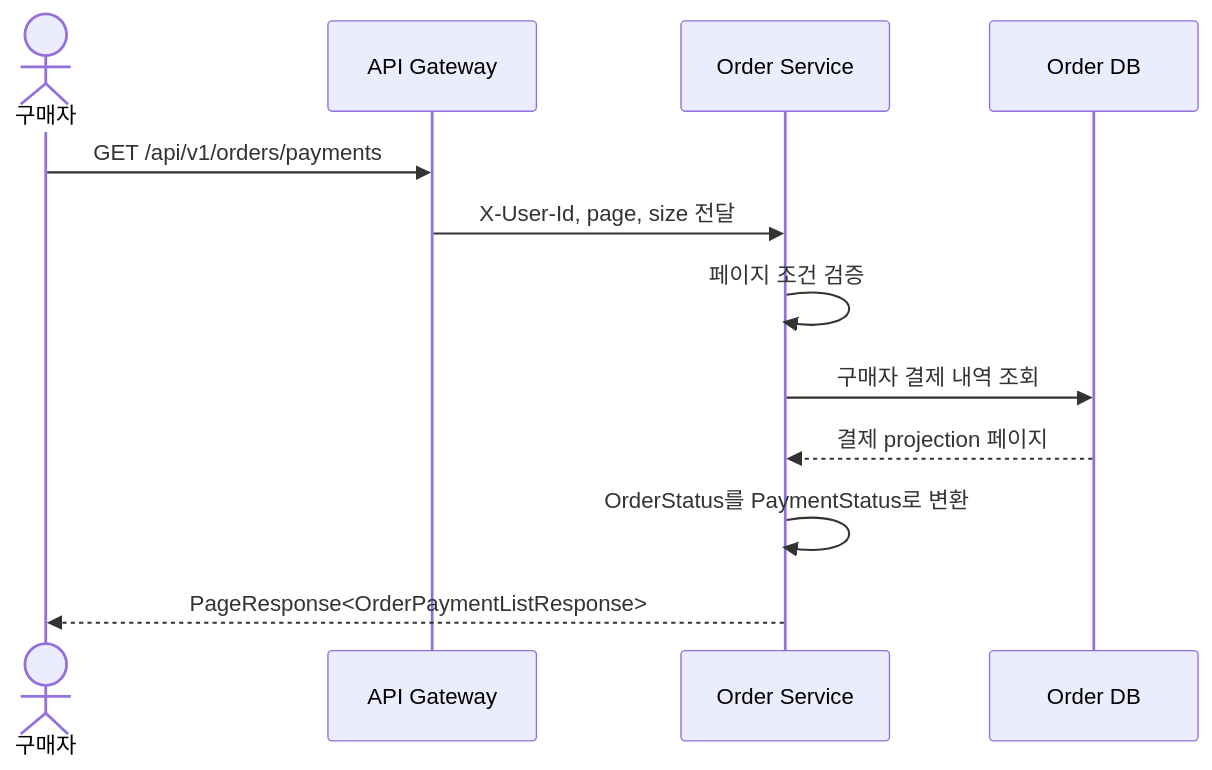
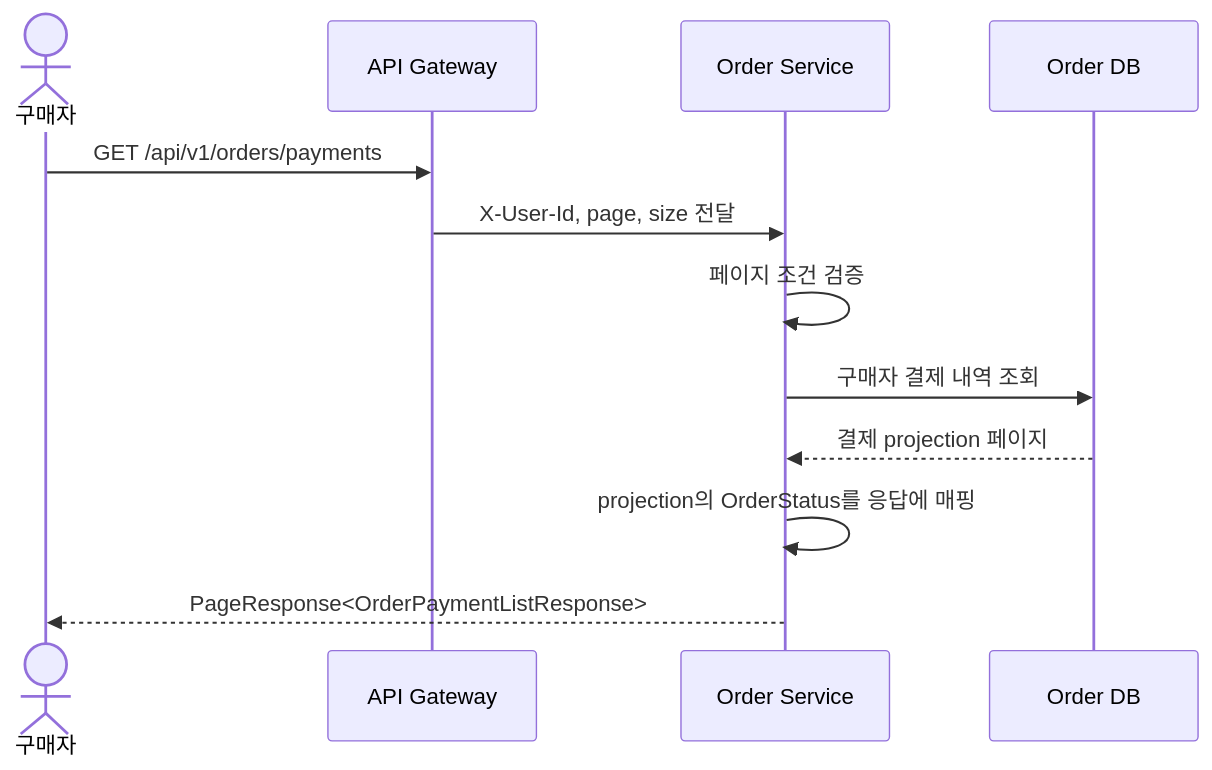
One commit to prgrms-be-adv-devcourse/beadv6_6_3JMT_BE changed the ninth of 15 diagrams in docs/architecture/order-usecase-detail.md. Above: the diagram before and after it, drawn with Mermaid. The commit also changed 10 other files, not shown here.

````diff
--- a/docs/architecture/order-usecase-detail.md
+++ b/docs/architecture/order-usecase-detail.md
@@ -293,15 +293,15 @@
 ```mermaid
 sequenceDiagram
     actor Buyer as 구매자
     participant Gateway as API Gateway
     participant Order as Order Service
     participant DB as Order DB
 
     Buyer->>Gateway: GET /api/v1/orders/payments
     Gateway->>Order: X-User-Id, page, size 전달
     Order->>Order: 페이지 조건 검증
     Order->>DB: 구매자 결제 내역 조회
     DB-->>Order: 결제 projection 페이지
-    Order->>Order: OrderStatus를 PaymentStatus로 변환
+    Order->>Order: projection의 OrderStatus를 응답에 매핑
     Order-->>Buyer: PageResponse<OrderPaymentListResponse>
 ```
````
